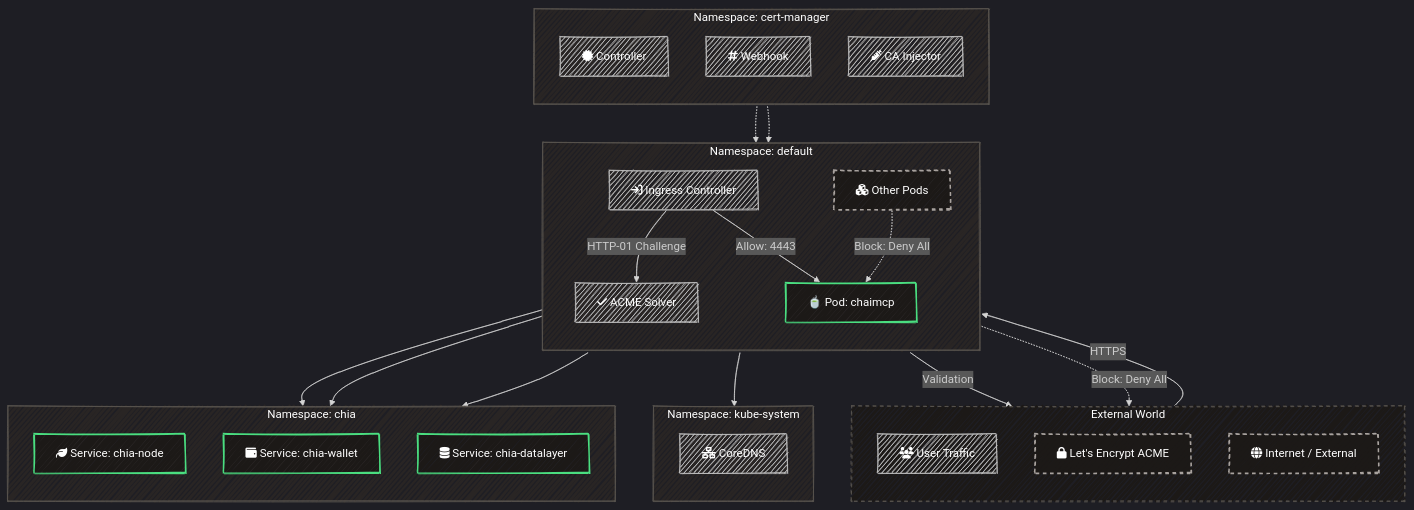
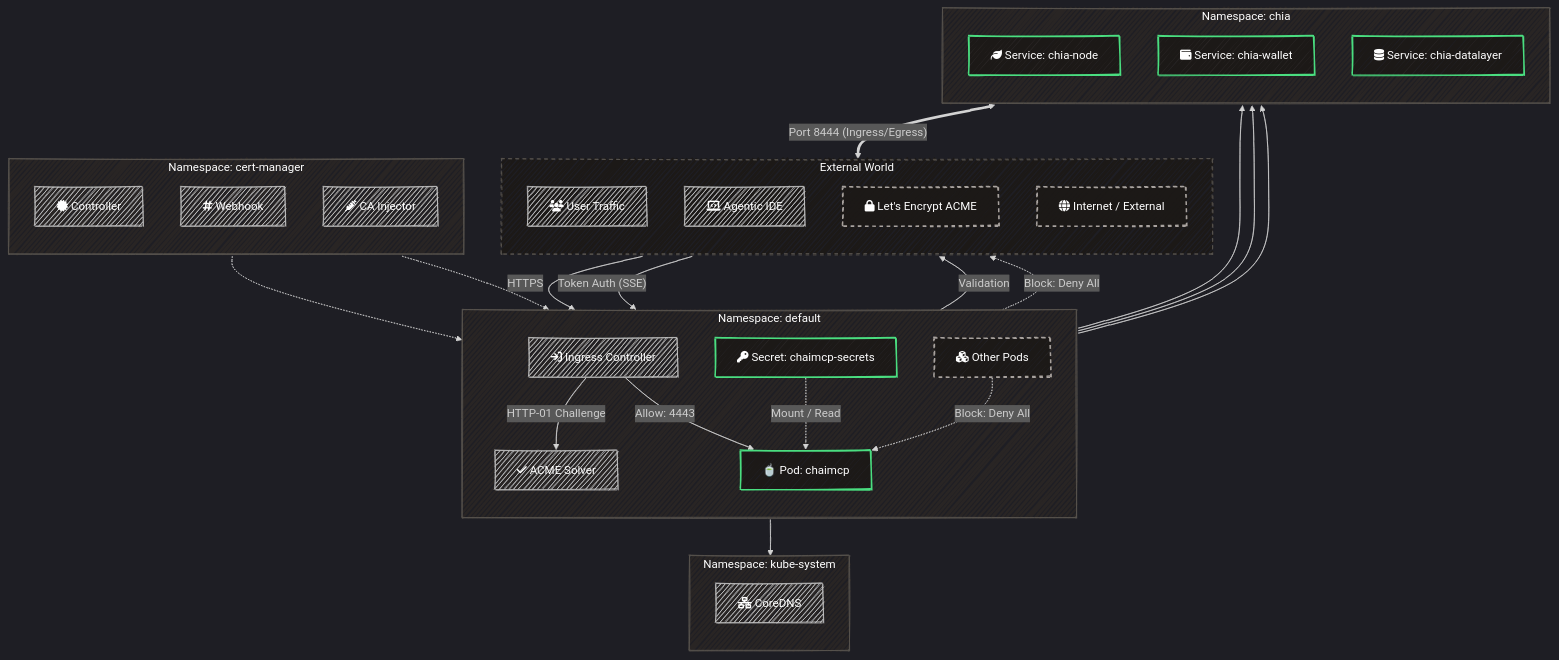
One commit to dcarrith/chaimcp changed the diagram in k8s_diagram.mmd. Above: the diagram before and after it, drawn with Mermaid. The commit also changed 7 other files, not shown here.

Commit message:
feat: Updated docs layout and k8s diagram with secrets/port 8444/client

```diff
--- a/k8s_diagram.mmd
+++ b/k8s_diagram.mmd
@@ -1,67 +1,76 @@
 %%{init: {'theme': 'dark', 'look': 'handDrawn', 'themeVariables': { 'fontSize': '16px', 'fontFamily': 'IBM Plex Sans' }}}%%
 flowchart TB
 classDef box fill:#292524,stroke:#57534e,stroke-width:2px,color:#fff
 classDef node fill:#1C1917,stroke:#FBBF24,stroke-width:2px,color:#fff
 classDef pod fill:#1C1917,stroke:#4ADE80,stroke-width:2px,color:#fff
 classDef ext fill:#1C1917,stroke:#a8a29e,stroke-width:2px,stroke-dasharray: 5 5,color:#fff
 
 subgraph ExternalWorld ["External World"]
 direction TB
 style ExternalWorld fill:#1c1917,stroke:#57534e,color:#fff,stroke-dasharray: 5 5
 UserTraffic["<i class='fa fa-users'></i> User Traffic"]:::node
+AgenticIDE["<i class='fa fa-laptop-code'></i> Agentic IDE"]:::node
 LetsEncrypt["<i class='fa fa-lock'></i> Let's Encrypt ACME"]:::ext
 Internet["<i class='fa fa-globe'></i> Internet / External"]:::ext
 end
 
 subgraph ClusterCertManager ["Namespace: cert-manager"]
 direction TB
 style ClusterCertManager fill:#292524,stroke:#57534e,color:#fff
 CertController["<i class='fa fa-certificate'></i> Controller"]:::node
 CertWebhook["<i class='fa fa-hashtag'></i> Webhook"]:::node
 CertInjector["<i class='fa fa-syringe'></i> CA Injector"]:::node
 end
 
 subgraph ClusterDefault ["Namespace: default"]
 direction TB
 style ClusterDefault fill:#292524,stroke:#57534e,color:#fff
 Ingress["<i class='fa fa-arrow-right-to-bracket'></i> Ingress Controller"]:::node
 ACMESolver["<i class='fa fa-check'></i> ACME Solver"]:::node
+Secrets["<i class='fa fa-key'></i> Secret: chaimcp-secrets"]:::pod
 PodChai["🍵 Pod: chaimcp"]:::pod
 OtherPods["<i class='fa fa-cubes'></i> Other Pods"]:::ext
 end
 
 subgraph ClusterKubeSystem ["Namespace: kube-system"]
 direction TB
 style ClusterKubeSystem fill:#292524,stroke:#57534e,color:#fff
 CoreDNS["<i class='fa fa-network-wired'></i> CoreDNS"]:::node
 end
 
 subgraph ClusterChia ["Namespace: chia"]
 direction TB
 style ClusterChia fill:#292524,stroke:#57534e,color:#fff
 SvcNode["<i class='fa fa-leaf'></i> Service: chia-node"]:::pod
 SvcWallet["<i class='fa fa-wallet'></i> Service: chia-wallet"]:::pod
 SvcData["<i class='fa fa-database'></i> Service: chia-datalayer"]:::pod
 end
 
 %% Traffic Flow
 UserTraffic -- "HTTPS" --> Ingress
+AgenticIDE -- "Token Auth (SSE)" --> Ingress
 Ingress -- "HTTP-01 Challenge" --> ACMESolver
 ACMESolver -- "Validation" --> LetsEncrypt
 
 %% Cert Manager Logic
 CertController -.-> Ingress
 CertController -.-> ACMESolver
 
 %% Ingress to App
 Ingress -- "Allow: 4443" --> PodChai
 
+%% Secrets
+Secrets -. "Mount / Read" .-> PodChai
+
 %% App Dependencies
 PodChai --> CoreDNS
 PodChai --> SvcNode
 PodChai --> SvcWallet
 PodChai --> SvcData
 
 %% Network Policies
 PodChai -. "Block: Deny All" .-> Internet
 OtherPods -. "Block: Deny All" .-> PodChai
+
+%% Chia Services Networking
+SvcNode <== "Port 8444 (Ingress/Egress)" ==> Internet
```
